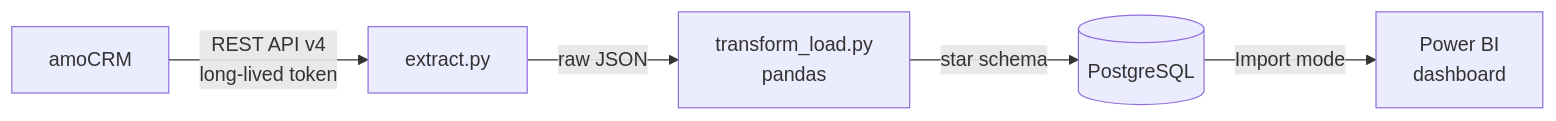
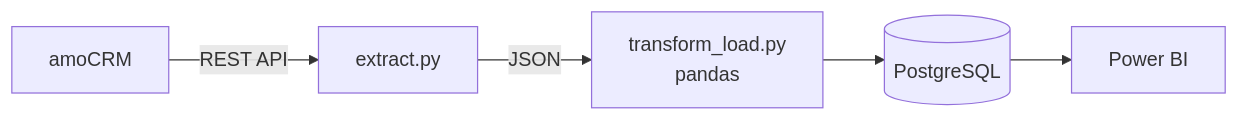
One commit to Azizbek0828/amocrm-sales-analytics changed the diagram in README.md. Above: the diagram before and after it, drawn with Mermaid. The commit also changed other lines of this file, not shown here.

Commit message:
amoCRM sales analytics: ETL pipeline + Power BI dashboard

````diff
--- a/README.md
+++ b/README.md
@@ -45,7 +14,7 @@
 ```mermaid
 flowchart LR
-    A[amoCRM] -- REST API v4<br/>long-lived token --> B[extract.py]
-    B -- raw JSON --> C[transform_load.py<br/>pandas]
-    C -- star schema --> D[(PostgreSQL)]
-    D -- Import mode --> E[Power BI<br/>dashboard]
+    A[amoCRM] -- REST API --> B[extract.py]
+    B -- JSON --> C[transform_load.py<br/>pandas]
+    C --> D[(PostgreSQL)]
+    D --> E[Power BI]
 ```
````
